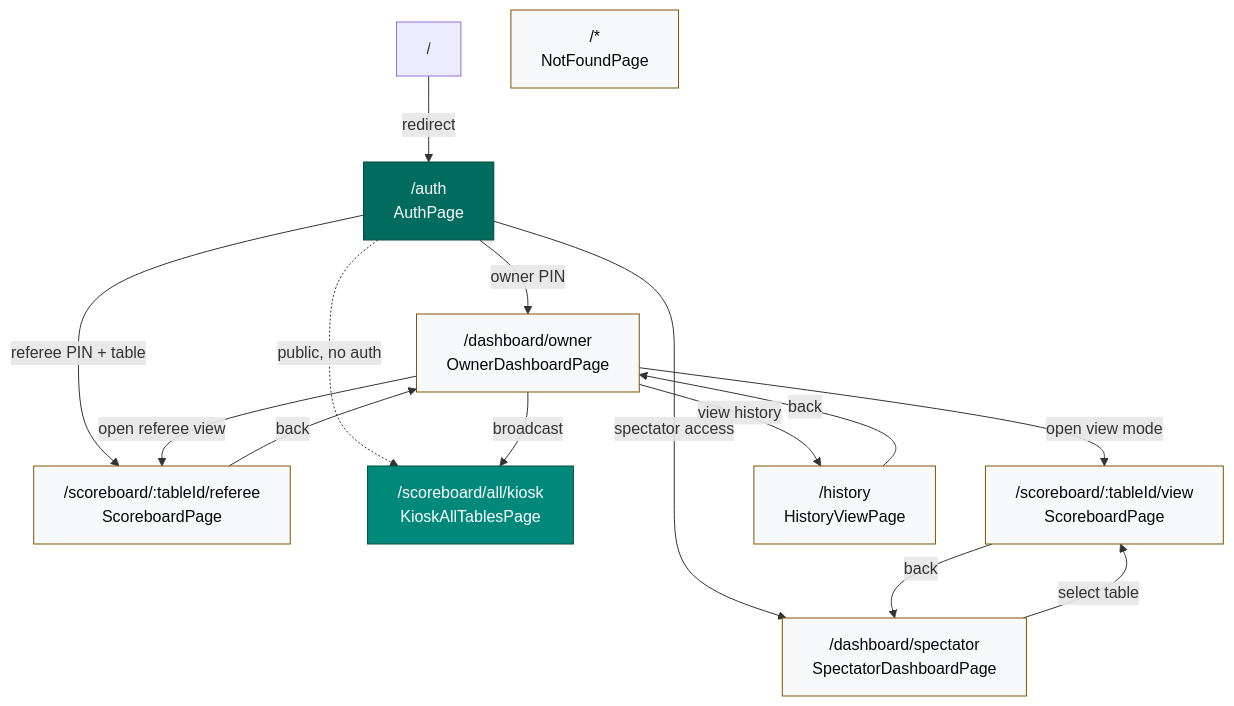
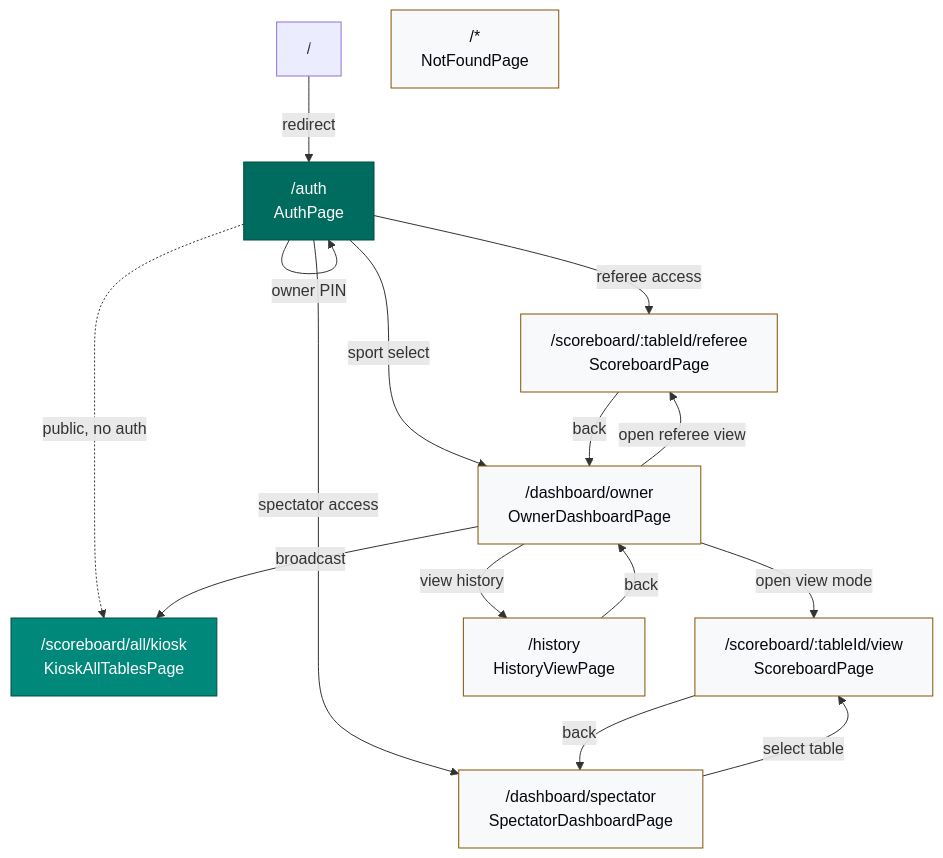
One commit to felipe90/rallyOS-hub changed the second of 2 diagrams in README.md. Above: the diagram before and after it, drawn with Mermaid. The commit also changed other lines of this file and 15 other files, not shown here.

````diff
--- a/README.md
+++ b/README.md
@@ -80,50 +165,51 @@
 ```mermaid
 flowchart TD
     %% Entry point
     ROOT["/"] -->|redirect| AUTH
 
     %% Public routes
-    AUTH["/auth<br/>AuthPage"] -->|owner PIN| OWNER
-    AUTH -->|referee PIN + table| SCOREBOARD_R
+    AUTH["/auth<br/>AuthPage"] -->|owner PIN| AUTH
+    AUTH -->|referee access| SCOREBOARD_R
     AUTH -->|spectator access| SPECTATOR
     AUTH -.->|public, no auth| KIOSK
+    AUTH -->|sport select| OWNER
 
     %% Protected dashboards
     OWNER["/dashboard/owner<br/>OwnerDashboardPage"]
     SPECTATOR["/dashboard/spectator<br/>SpectatorDashboardPage"]
 
     %% Scoreboard (two modes, same component)
     SCOREBOARD_R["/scoreboard/:tableId/referee<br/>ScoreboardPage"]
     SCOREBOARD_V["/scoreboard/:tableId/view<br/>ScoreboardPage"]
 
     %% Kiosk
     KIOSK["/scoreboard/all/kiosk<br/>KioskAllTablesPage"]
 
     %% History
     HISTORY["/history<br/>HistoryViewPage"]
 
     %% Not found
     NOT_FOUND["/*<br/>NotFoundPage"]
 
     %% Cross-navigation
     OWNER -->|open referee view| SCOREBOARD_R
     OWNER -->|open view mode| SCOREBOARD_V
     OWNER -->|view history| HISTORY
     HISTORY -->|back| OWNER
 
     OWNER -->|broadcast| KIOSK
 
     SPECTATOR -->|select table| SCOREBOARD_V
 
     SCOREBOARD_R -->|back| OWNER
     SCOREBOARD_V -->|back| SPECTATOR
 
     %% Styling
     classDef public fill:#006b5f,stroke:#004d40,color:#fff
     classDef protected fill:#f7f9fb,stroke:#855300,color:#08060d
     classDef kiosk fill:#00897b,stroke:#004d40,color:#fff
 
     class AUTH,KIOSK public
     class OWNER,SCOREBOARD_R,SCOREBOARD_V,SPECTATOR,HISTORY,NOT_FOUND protected
     class KIOSK kiosk
 ```
````
